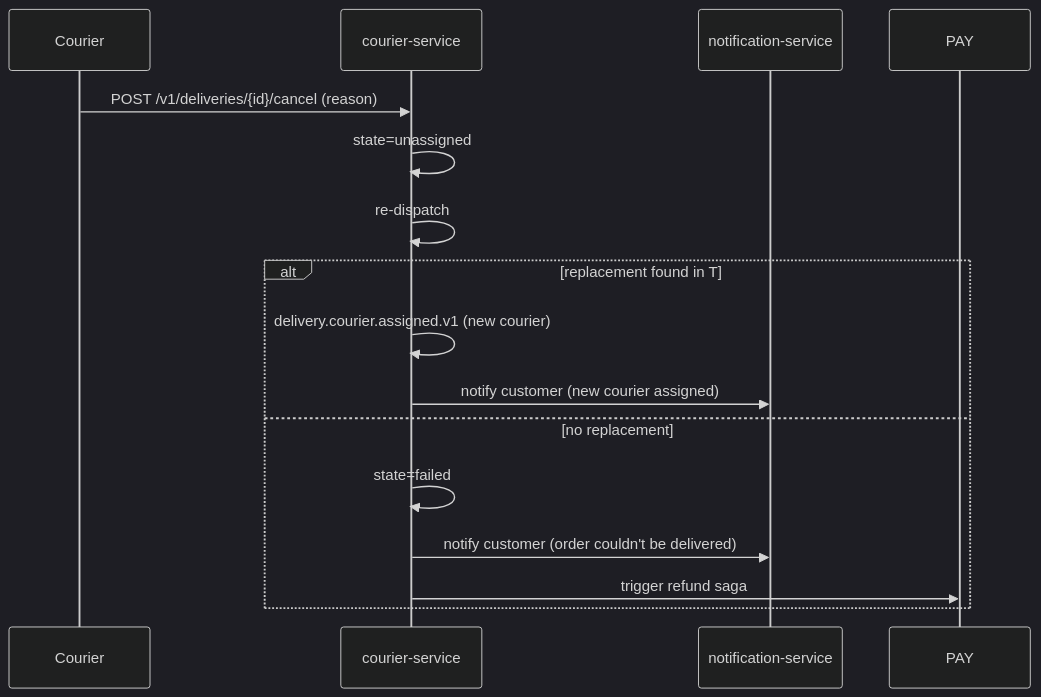
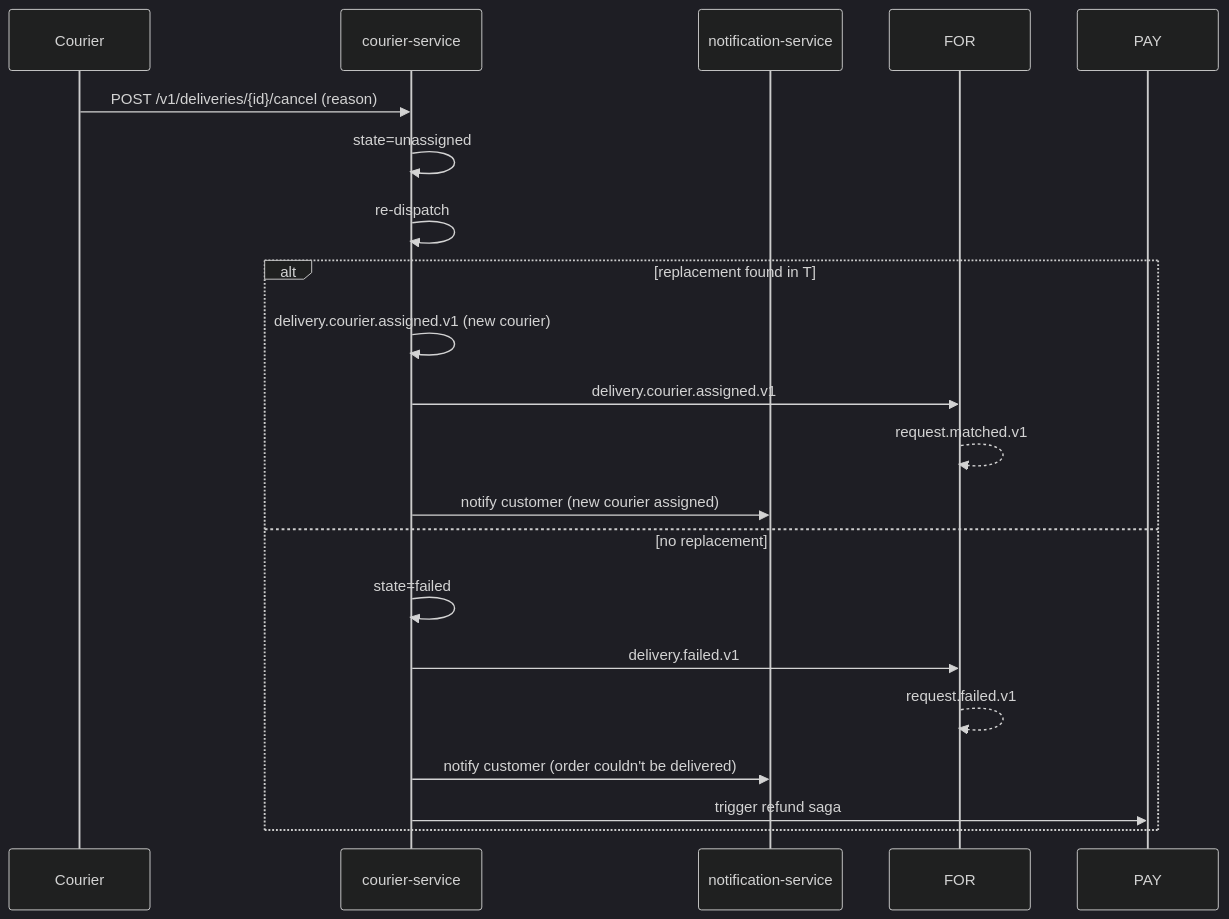
Before and after one commit to mohamedhabibwork/trips-enjoy-docs: the ninth of 13 diagrams in docs/workflows/FOOD_ORDER_WORKFLOWS.md, drawn with Mermaid (dark theme). The commit also changed other lines of this file and 201 other files, not shown here.

````diff
--- a/docs/workflows/FOOD_ORDER_WORKFLOWS.md
+++ b/docs/workflows/FOOD_ORDER_WORKFLOWS.md
@@ -238,18 +270,22 @@
 ```mermaid
 sequenceDiagram
     participant CUR as Courier
     participant COS as courier-service
     participant NOT as notification-service
 
     CUR->>COS: POST /v1/deliveries/{id}/cancel (reason)
     COS->>COS: state=unassigned
     COS->>COS: re-dispatch
     alt replacement found in T
         COS->>COS: delivery.courier.assigned.v1 (new courier)
+        COS->>FOR: delivery.courier.assigned.v1
+        FOR-->>FOR: request.matched.v1
         COS->>NOT: notify customer (new courier assigned)
     else no replacement
         COS->>COS: state=failed
+        COS->>FOR: delivery.failed.v1
+        FOR-->>FOR: request.failed.v1
         COS->>NOT: notify customer (order couldn't be delivered)
         COS->>PAY: trigger refund saga
     end
 ```
````
